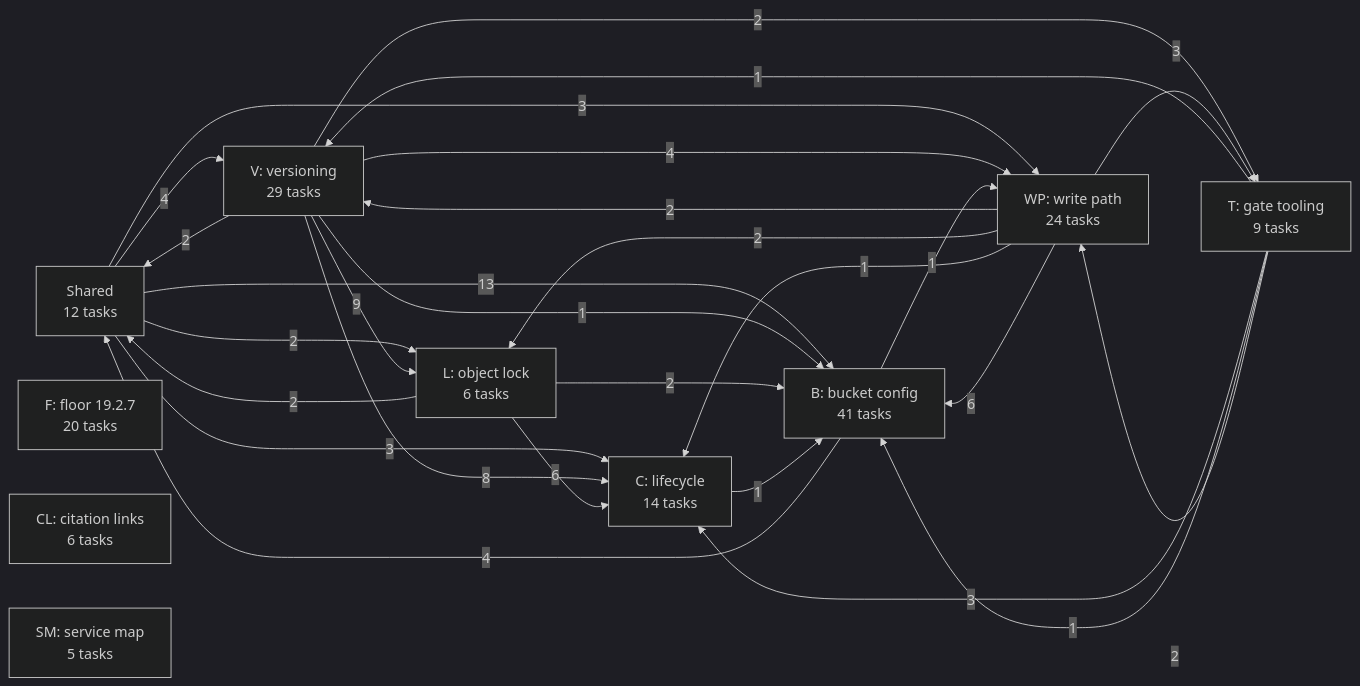
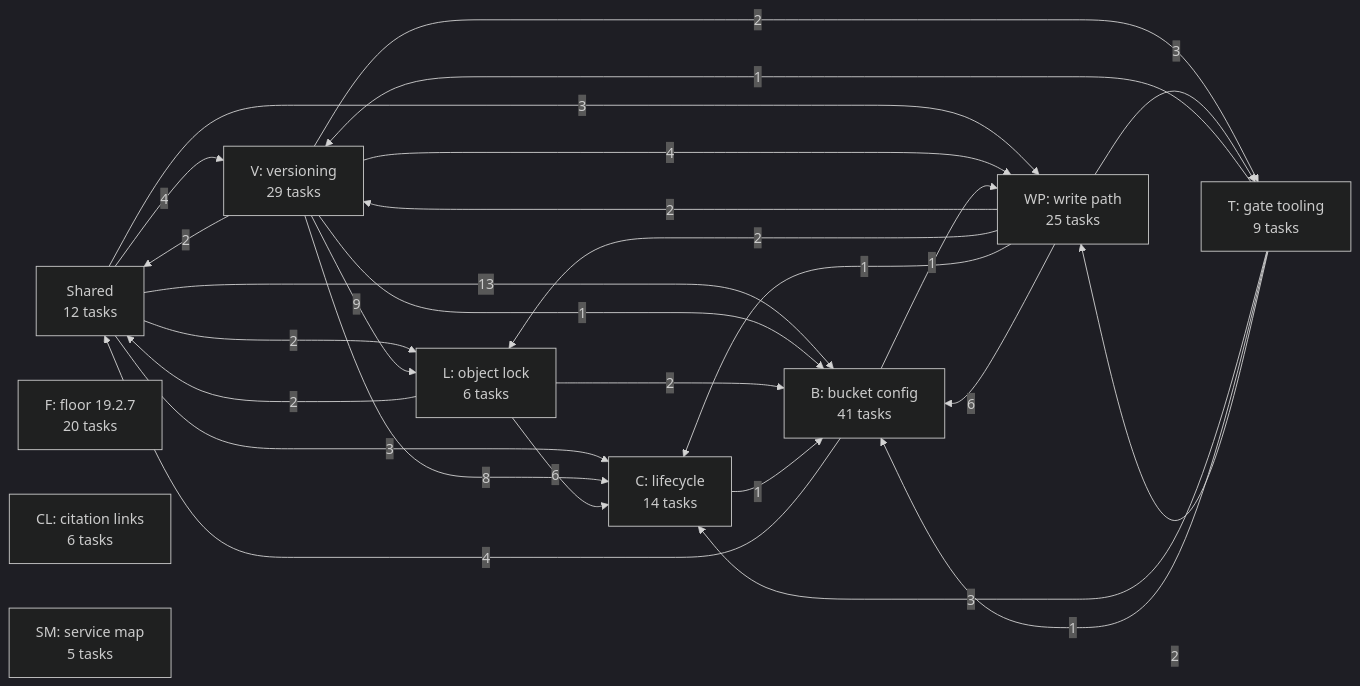
The first of 11 diagrams in docs/superpowers/plans/2026-10-13-phase-2/dependencies.md (jhoblitt/rgw-go), drawn with Mermaid (dark theme) before and after one commit. The commit also changed other lines of this file and 2 other files, not shown here.

````diff
--- a/docs/superpowers/plans/2026-10-13-phase-2/dependencies.md
+++ b/docs/superpowers/plans/2026-10-13-phase-2/dependencies.md
@@ -13,39 +13,39 @@
 ```mermaid
 flowchart LR
   u_S["Shared<br/>12 tasks"]
   u_F["F: floor 19.2.7<br/>20 tasks"]
   u_V["V: versioning<br/>29 tasks"]
   u_L["L: object lock<br/>6 tasks"]
   u_C["C: lifecycle<br/>14 tasks"]
   u_B["B: bucket config<br/>41 tasks"]
-  u_WP["WP: write path<br/>24 tasks"]
+  u_WP["WP: write path<br/>25 tasks"]
   u_T["T: gate tooling<br/>9 tasks"]
   u_CL["CL: citation links<br/>6 tasks"]
   u_SM["SM: service map<br/>5 tasks"]
   u_S -->|4| u_V
   u_S -->|2| u_L
   u_S -->|3| u_C
   u_S -->|13| u_B
   u_S -->|3| u_WP
   u_V -->|2| u_S
   u_V -->|9| u_L
   u_V -->|8| u_C
   u_V -->|1| u_B
   u_V -->|4| u_WP
   u_V -->|2| u_T
   u_L -->|6| u_C
   u_L -->|2| u_B
   u_L -->|2| u_S
   u_C -->|1| u_B
   u_B -->|4| u_S
   u_B -->|1| u_WP
   u_WP -->|2| u_V
   u_WP -->|2| u_L
   u_WP -->|1| u_C
   u_WP -->|6| u_B
   u_WP -->|3| u_T
   u_T -->|1| u_V
   u_T -->|3| u_C
   u_T -->|1| u_B
   u_T -->|2| u_WP
 ```
````
